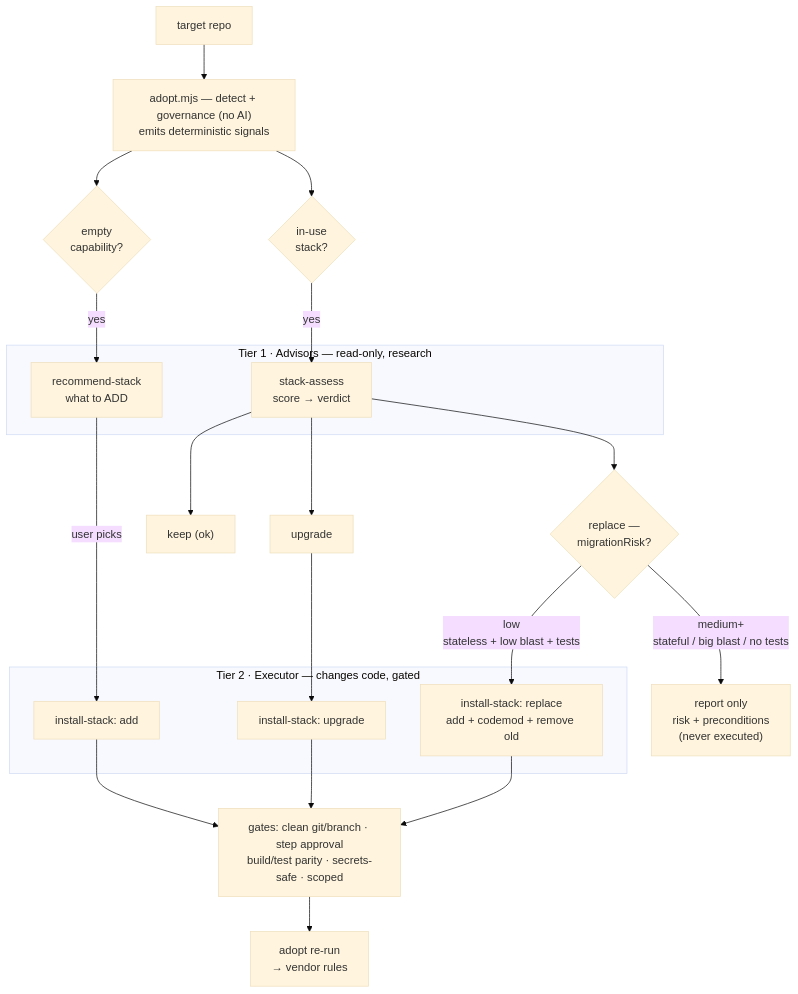
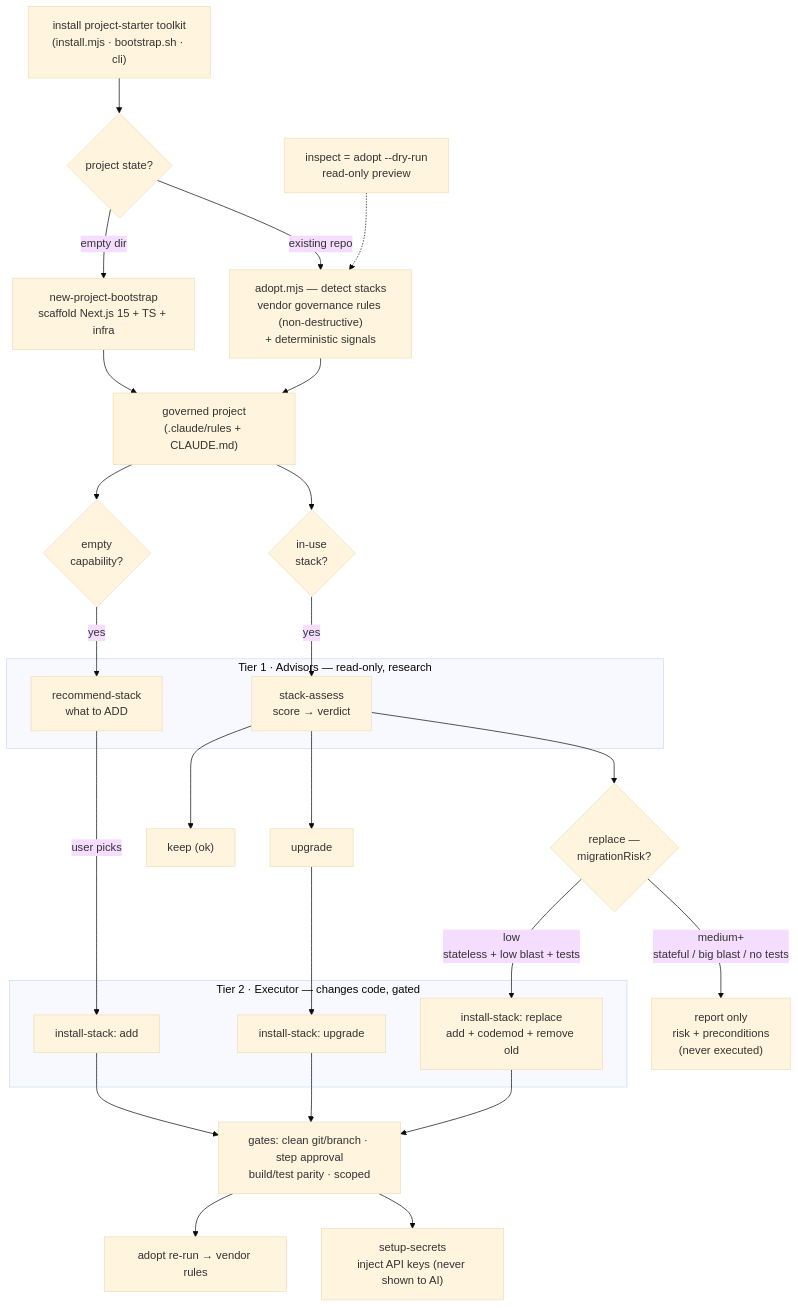
One commit to kimyeonsik/project-starter changed the diagram in README.md. Above: the diagram before and after it, drawn with Mermaid (base theme). The commit also changed other lines of this file and 1 other file, not shown here.

Commit message:
docs(readme): expand lifecycle diagram to all entry cases (bootstrap/adopt/inspect/secrets)

````diff
--- a/README.md
+++ b/README.md
@@ -43,34 +43,39 @@
 ```mermaid
 flowchart TD
-    repo["target repo"] --> adopt["adopt.mjs — detect + governance (no AI)<br/>emits deterministic signals"]
-    adopt --> empty{"empty<br/>capability?"}
-    adopt --> inuse{"in-use<br/>stack?"}
+    install["install project-starter toolkit<br/>(install.mjs · bootstrap.sh · cli)"] --> start{"project state?"}
+    start -->|empty dir| boot["new-project-bootstrap<br/>scaffold Next.js 15 + TS + infra"]
+    start -->|existing repo| adopt["adopt.mjs — detect stacks<br/>vendor governance rules (non-destructive)<br/>+ deterministic signals"]
+    inspect["inspect = adopt --dry-run<br/>read-only preview"] -.-> adopt
+
+    boot --> governed["governed project<br/>(.claude/rules + CLAUDE.md)"]
+    adopt --> governed
+
+    governed --> empty{"empty<br/>capability?"}
+    governed --> inuse{"in-use<br/>stack?"}
 
     subgraph t1["Tier 1 · Advisors — read-only, research"]
         rec["recommend-stack<br/>what to ADD"]
         assess["stack-assess<br/>score → verdict"]
     end
-
     empty -->|yes| rec
     inuse -->|yes| assess
 
     assess --> keep["keep (ok)"]
     assess --> upgrade["upgrade"]
     assess --> repl{"replace —<br/>migrationRisk?"}
     repl -->|"low<br/>stateless + low blast + tests"| m_replace
     repl -->|"medium+<br/>stateful / big blast / no tests"| report["report only<br/>risk + preconditions<br/>(never executed)"]
-
     rec -->|user picks| m_add
     upgrade --> m_upgrade
 
     subgraph t2["Tier 2 · Executor — changes code, gated"]
         m_add["install-stack: add"]
         m_upgrade["install-stack: upgrade"]
         m_replace["install-stack: replace<br/>add + codemod + remove old"]
     end
-
     m_add --> gates
     m_upgrade --> gates
     m_replace --> gates
-    gates["gates: clean git/branch · step approval<br/>build/test parity · secrets-safe · scoped"] --> vendor["adopt re-run<br/>→ vendor rules"]
+    gates["gates: clean git/branch · step approval<br/>build/test parity · scoped"] --> vendor["adopt re-run → vendor rules"]
+    gates --> secrets["setup-secrets<br/>inject API keys (never shown to AI)"]
 ```
````
